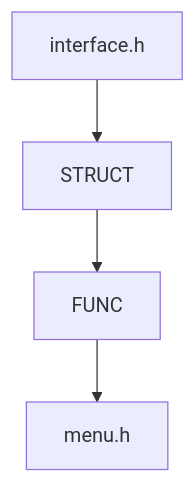
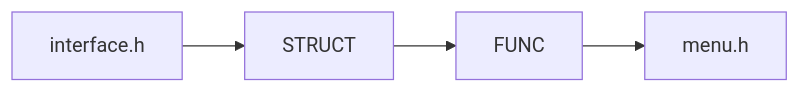
One commit to ShilianShen/Jasmin changed the diagram in src/jasmin/menu/README.md. Above: the diagram before and after it, drawn with Mermaid. The commit also changed 17 other files, not shown here.

````diff
--- a/src/jasmin/menu/README.md
+++ b/src/jasmin/menu/README.md
@@ -3,4 +3,4 @@
 ```mermaid
-graph
+graph LR
     interface.h --> STRUCT --> FUNC --> menu.h
 ```
````
